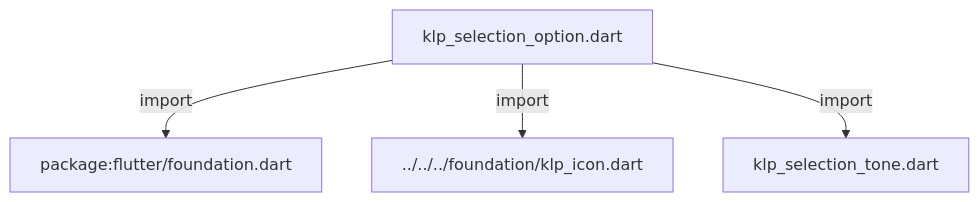
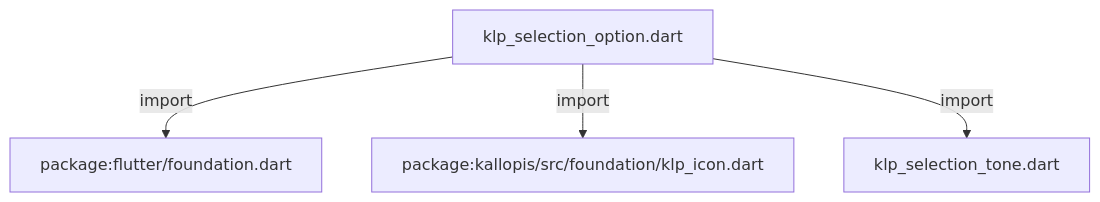
One commit to MiuDog/Kallopis changed the first of 2 diagrams in docs/architecture/src/features/forms/selection/klp_selection_option.md. Above: the diagram before and after it, drawn with Mermaid. The commit also changed other lines of this file and 9688 other files, not shown here.

Commit message:
Prepare isolated Flow F2 peer baseline

````diff
--- a/docs/architecture/src/features/forms/selection/klp_selection_option.md
+++ b/docs/architecture/src/features/forms/selection/klp_selection_option.md
@@ -11,10 +11,10 @@
 ```mermaid
 flowchart TD
 	n0["klp_selection_option.dart"]
 	n1["package:flutter/foundation.dart"]
-	n2["../../../foundation/klp_icon.dart"]
+	n2["package:kallopis/src/foundation/klp_icon.dart"]
 	n3["klp_selection_tone.dart"]
 	n0 -->|"import"| n1
 	n0 -->|"import"| n2
 	n0 -->|"import"| n3
 ```
````
